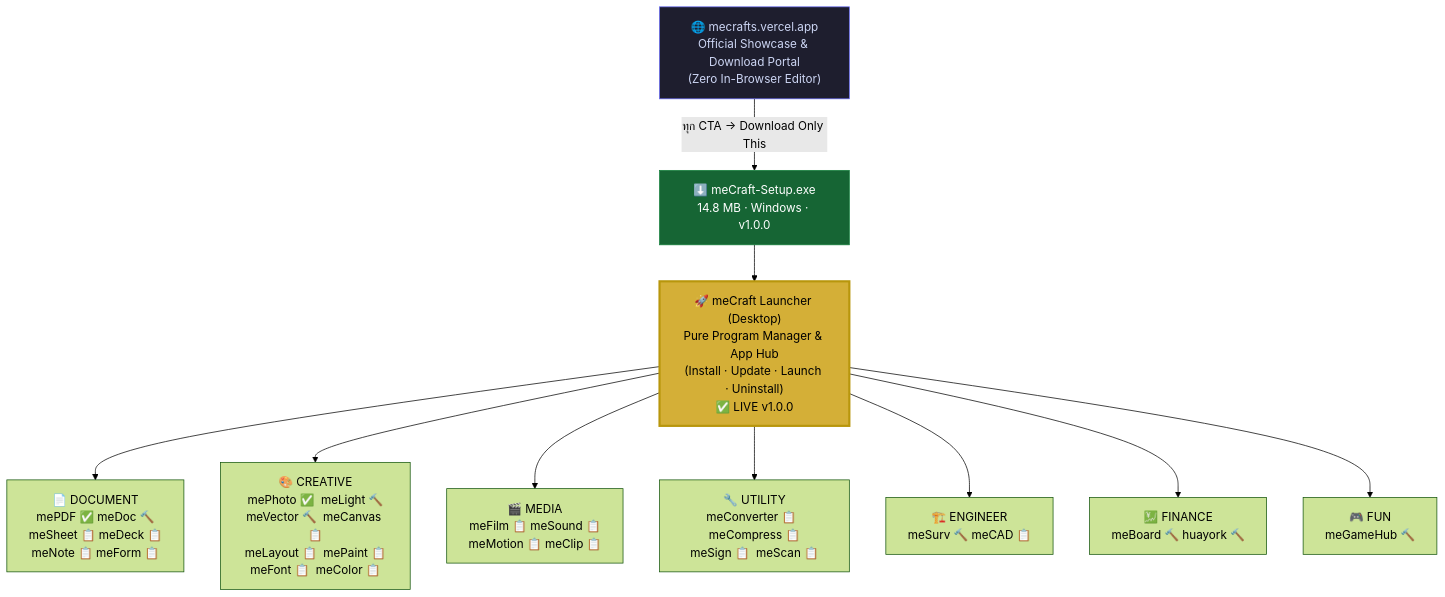
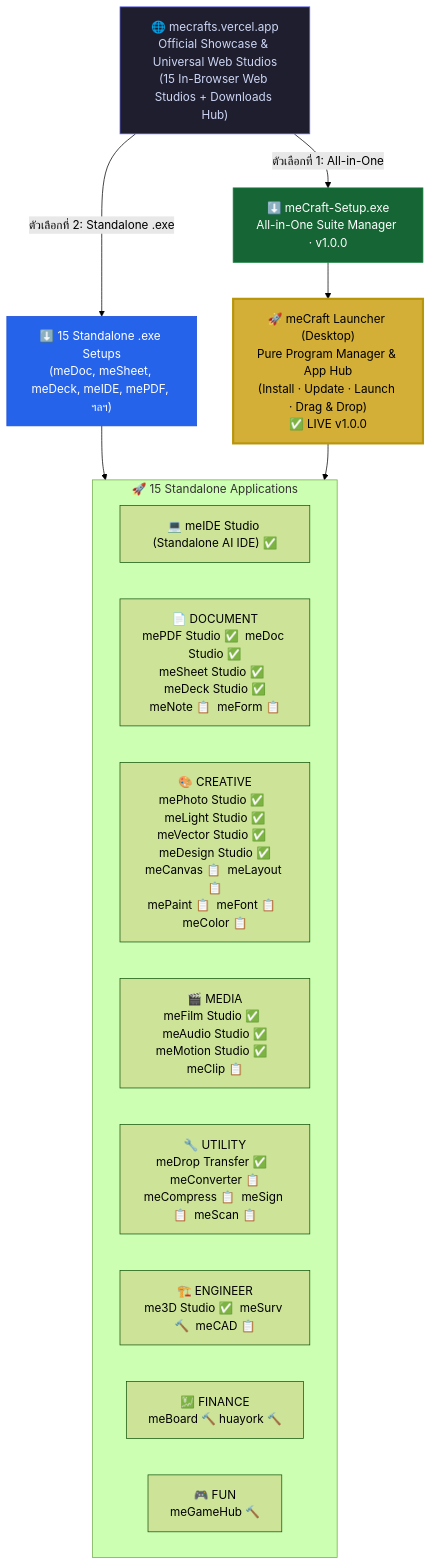
One commit to methastrategy/meCraft changed the first of 2 diagrams in docs/meCrafts-architecture.md. Above: the diagram before and after it, drawn with Mermaid (forest theme). The commit also changed other lines of this file and 13 other files, not shown here.

Commit message:
docs(fleet): synchronize blueprints, update changelog v1.1.0, and add complete READMEs across all apps and packages

````diff
--- a/docs/meCrafts-architecture.md
+++ b/docs/meCrafts-architecture.md
@@ -17,30 +18,32 @@
 ```mermaid
 flowchart TD
-    WEB["🌐 mecrafts.vercel.app\nOfficial Showcase & Download Portal\n(Zero In-Browser Editor)"]
-    WEB -->|"ทุก CTA → Download Only This"| DL
+    WEB["🌐 mecrafts.vercel.app\nOfficial Showcase & Universal Web Studios\n(15 In-Browser Web Studios + Downloads Hub)"]
+    WEB -->|"ตัวเลือกที่ 1: All-in-One"| DL
+    WEB -->|"ตัวเลือกที่ 2: Standalone .exe"| DLS
 
-    DL["⬇️ meCraft-Setup.exe\n14.8 MB · Windows · v1.0.0"]
+    DL["⬇️ meCraft-Setup.exe\nAll-in-One Suite Manager · v1.0.0"]
+    DLS["⬇️ 15 Standalone .exe Setups\n(meDoc, meSheet, meDeck, meIDE, mePDF, ฯลฯ)"]
+
     DL --> HUB
+    DLS --> APPS
 
-    HUB["🚀 meCraft Launcher (Desktop)\nPure Program Manager & App Hub\n(Install · Update · Launch · Uninstall)\n✅ LIVE v1.0.0"]
+    HUB["🚀 meCraft Launcher (Desktop)\nPure Program Manager & App Hub\n(Install · Update · Launch · Drag & Drop)\n✅ LIVE v1.0.0"]
 
-    HUB --> DOC
-    HUB --> CRE
-    HUB --> MED
-    HUB --> UTL
-    HUB --> ENG
-    HUB --> FIN
-    HUB --> FUN
+    HUB --> APPS
 
-    DOC["📄 DOCUMENT\nmePDF ✅  meDoc 🔨\nmeSheet 📋  meDeck 📋\nmeNote 📋  meForm 📋"]
-    CRE["🎨 CREATIVE\nmePhoto ✅  meLight 🔨\nmeVector 🔨  meCanvas 📋\nmeLayout 📋  mePaint 📋\nmeFont 📋  meColor 📋"]
-    MED["🎬 MEDIA\nmeFilm 📋  meSound 📋\nmeMotion 📋  meClip 📋"]
-    UTL["🔧 UTILITY\nmeConverter 📋  meCompress 📋\nmeSign 📋  meScan 📋"]
-    ENG["🏗️ ENGINEER\nmeSurv 🔨  meCAD 📋"]
-    FIN["💹 FINANCE\nmeBoard 🔨  huayork 🔨"]
-    FUN["🎮 FUN\nmeGameHub 🔨"]
+    subgraph APPS["🚀 15 Standalone Applications"]
+        IDE["💻 meIDE Studio (Standalone AI IDE) ✅"]
+        DOC["📄 DOCUMENT\nmePDF Studio ✅  meDoc Studio ✅\nmeSheet Studio ✅  meDeck Studio ✅\nmeNote 📋  meForm 📋"]
+        CRE["🎨 CREATIVE\nmePhoto Studio ✅  meLight Studio ✅\nmeVector Studio ✅  meDesign Studio ✅\nmeCanvas 📋  meLayout 📋\nmePaint 📋  meFont 📋  meColor 📋"]
+        MED["🎬 MEDIA\nmeFilm Studio ✅  meAudio Studio ✅\nmeMotion Studio ✅  meClip 📋"]
+        UTL["🔧 UTILITY\nmeDrop Transfer ✅  meConverter 📋\nmeCompress 📋  meSign 📋  meScan 📋"]
+        ENG["🏗️ ENGINEER\nme3D Studio ✅  meSurv 🔨  meCAD 📋"]
+        FIN["💹 FINANCE\nmeBoard 🔨  huayork 🔨"]
+        FUN["🎮 FUN\nmeGameHub 🔨"]
+    end
 
     style HUB fill:#d4af37,color:#000,stroke:#b8960c,stroke-width:3px
     style WEB fill:#1e1e2e,color:#cdd6f4,stroke:#6366f1
     style DL fill:#166534,color:#fff,stroke:#15803d
+    style DLS fill:#2563eb,color:#fff,stroke:#1d4ed8
 ```
````
